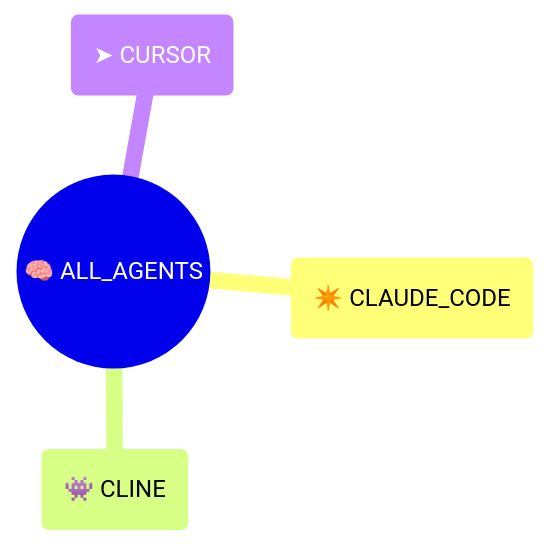
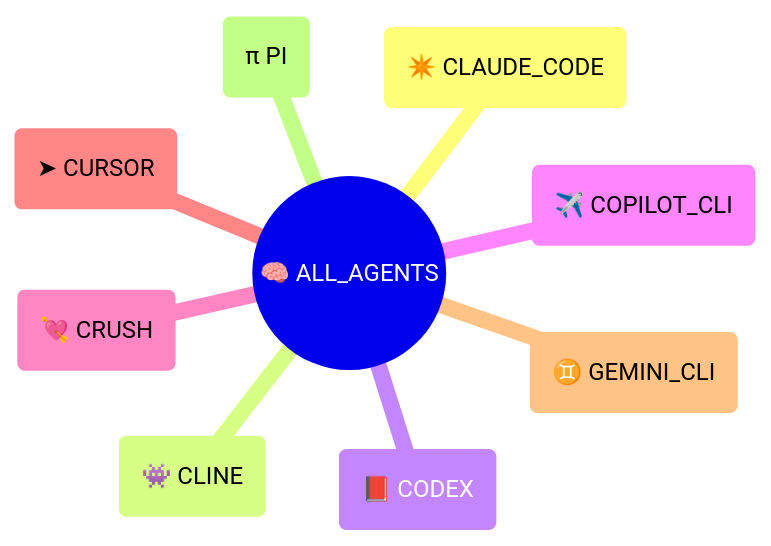
Before and after one commit to kdeldycke/extra-platforms: the sixth of 6 diagrams in readme.md, drawn with Mermaid. The commit also changed 12 other files, not shown here.

````diff
--- a/readme.md
+++ b/readme.md
@@ -534,10 +534,15 @@
 ```mermaid
 ---
 config: {"mindmap": {"padding": 5}}
 ---
 mindmap
     ((🧠 ALL_AGENTS))
         (✴️ CLAUDE_CODE)
         (👾 CLINE)
+        (📕 CODEX)
+        (✈️ COPILOT_CLI)
+        (💘 CRUSH)
         (➤ CURSOR)
+        (♊ GEMINI_CLI)
+        (π PI)
 ```
````
